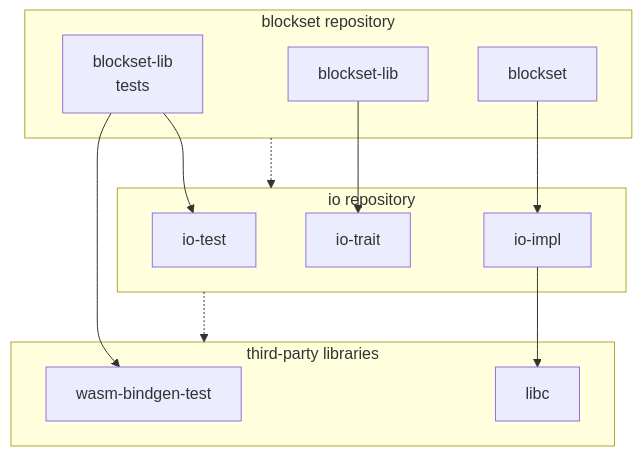
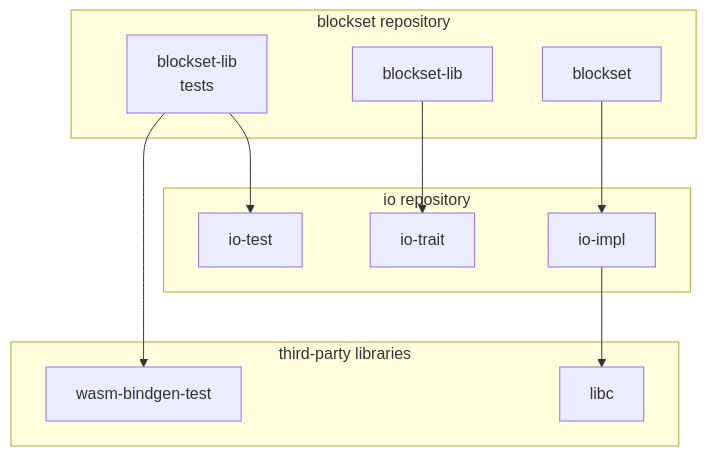
Before and after one commit to datablockset/blockset: the second of 2 diagrams in notes/design.md, drawn with Mermaid.

````diff
--- a/notes/design.md
+++ b/notes/design.md
@@ -15,23 +15,21 @@
 ```mermaid
 graph TD
   subgraph br [blockset repository]
     blockset-lib-test[blockset-lib\ntests]
     blockset-lib
     blockset
   end
   subgraph ior [io repository]
     io-test
     io-trait
     io-impl
   end
   subgraph tpl [third-party libraries]
     wasm-bindgen-test
     libc
   end
-  br -.-> ior
-  ior -.-> tpl
   blockset-lib-test --> wasm-bindgen-test & io-test
   blockset-lib --> io-trait
   blockset --> io-impl
   io-impl --> libc
 ```
````
